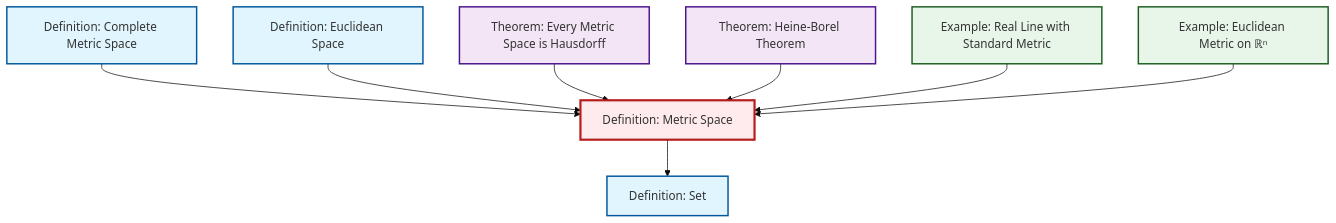
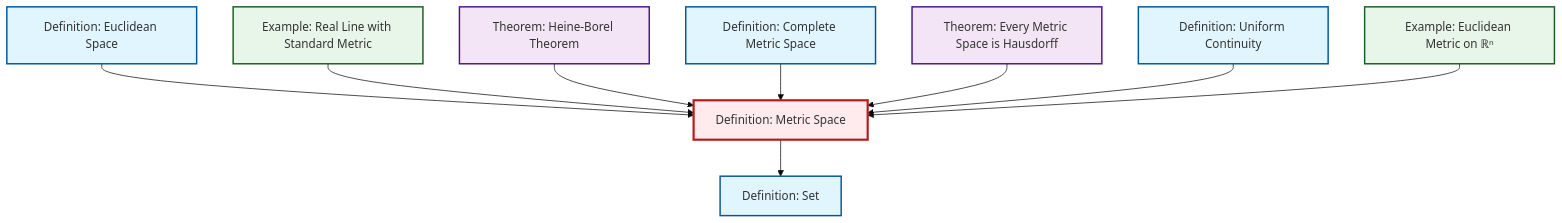
Before and after one commit to RK0429/ModernMath: the diagram in content/en/analysis/def-metric-space.qmd, drawn with Mermaid (base theme). The commit also changed 474 other files, not shown here.

````diff
--- a/content/en/analysis/def-metric-space.qmd
+++ b/content/en/analysis/def-metric-space.qmd
@@ -50,32 +50,35 @@
 ```{mermaid}
 %%| fig-cap: "Local dependency graph"
 graph TD
     classDef definition fill:#e1f5fe,stroke:#01579b,stroke-width:2px
     classDef theorem fill:#f3e5f5,stroke:#4a148c,stroke-width:2px
     classDef axiom fill:#fff3e0,stroke:#e65100,stroke-width:2px
     classDef example fill:#e8f5e9,stroke:#1b5e20,stroke-width:2px
     classDef current fill:#ffebee,stroke:#b71c1c,stroke-width:3px
+    thm-metric-hausdorff["Theorem: Every Metric Space is Hausdorff"]:::theorem
+    def-uniform-continuity["Definition: Uniform Continuity"]:::definition
+    def-complete-metric-space["Definition: Complete Metric Space"]:::definition
     def-set["Definition: Set"]:::definition
-    def-complete-metric-space["Definition: Complete Metric Space"]:::definition
+    thm-heine-borel["Theorem: Heine-Borel Theorem"]:::theorem
+    def-metric-space["Definition: Metric Space"]:::definition
     def-euclidean-space["Definition: Euclidean Space"]:::definition
-    def-metric-space["Definition: Metric Space"]:::definition
-    thm-heine-borel["Theorem: Heine-Borel Theorem"]:::theorem
+    ex-real-line-metric["Example: Real Line with Standard Metric"]:::example
     ex-euclidean-metric["Example: Euclidean Metric on ℝⁿ"]:::example
-    ex-real-line-metric["Example: Real Line with Standard Metric"]:::example
-    thm-metric-hausdorff["Theorem: Every Metric Space is Hausdorff"]:::theorem
-    def-complete-metric-space --> def-metric-space
     def-metric-space --> def-set
     def-euclidean-space --> def-metric-space
+    ex-real-line-metric --> def-metric-space
+    thm-heine-borel --> def-metric-space
+    def-complete-metric-space --> def-metric-space
     thm-metric-hausdorff --> def-metric-space
-    thm-heine-borel --> def-metric-space
-    ex-real-line-metric --> def-metric-space
+    def-uniform-continuity --> def-metric-space
     ex-euclidean-metric --> def-metric-space
     class def-metric-space current
+    click thm-metric-hausdorff "thm-metric-hausdorff.html" "Go to Every Metric Space is Hausdorff theorem"
+    click def-uniform-continuity "def-uniform-continuity.html" "Go to Uniform Continuity definition"
+    click def-complete-metric-space "def-complete-metric-space.html" "Go to Complete Metric Space definition"
     click def-set "def-set.html" "Go to Set definition"
-    click def-complete-metric-space "def-complete-metric-space.html" "Go to Complete Metric Space definition"
+    click thm-heine-borel "thm-heine-borel.html" "Go to Heine-Borel Theorem theorem"
     click def-euclidean-space "def-euclidean-space.html" "Go to Euclidean Space definition"
-    click thm-heine-borel "thm-heine-borel.html" "Go to Heine-Borel Theorem theorem"
+    click ex-real-line-metric "ex-real-line-metric.html" "Go to Real Line with Standard Metric example"
     click ex-euclidean-metric "ex-euclidean-metric.html" "Go to Euclidean Metric on ℝⁿ example"
-    click ex-real-line-metric "ex-real-line-metric.html" "Go to Real Line with Standard Metric example"
-    click thm-metric-hausdorff "thm-metric-hausdorff.html" "Go to Every Metric Space is Hausdorff theorem"
 ```
````
